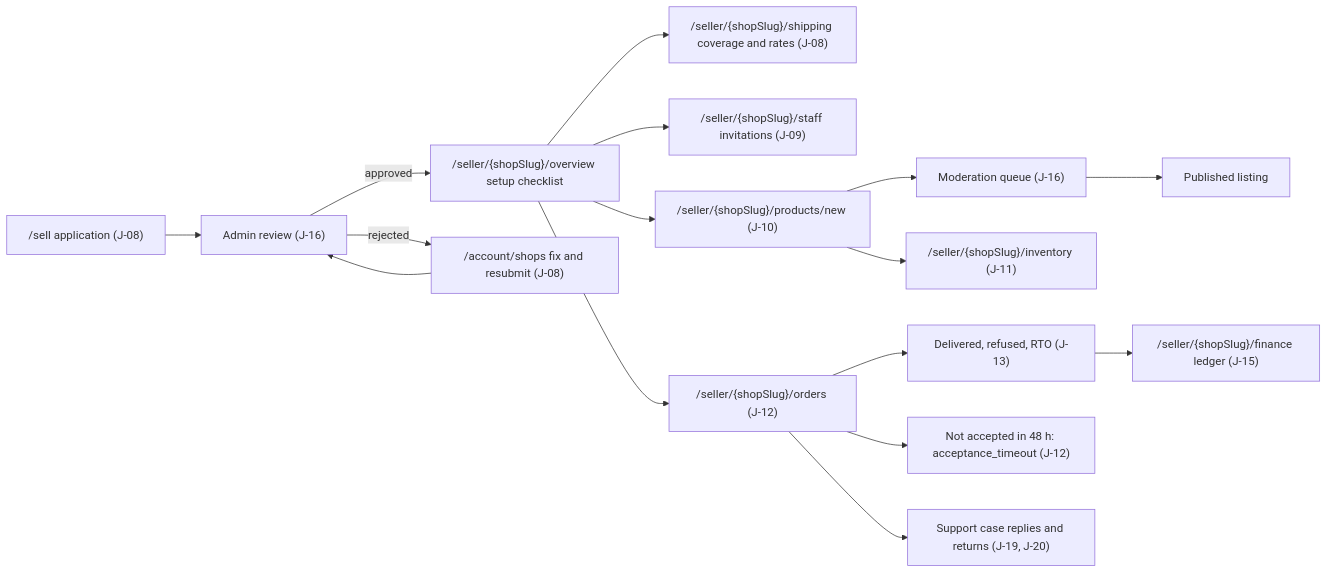
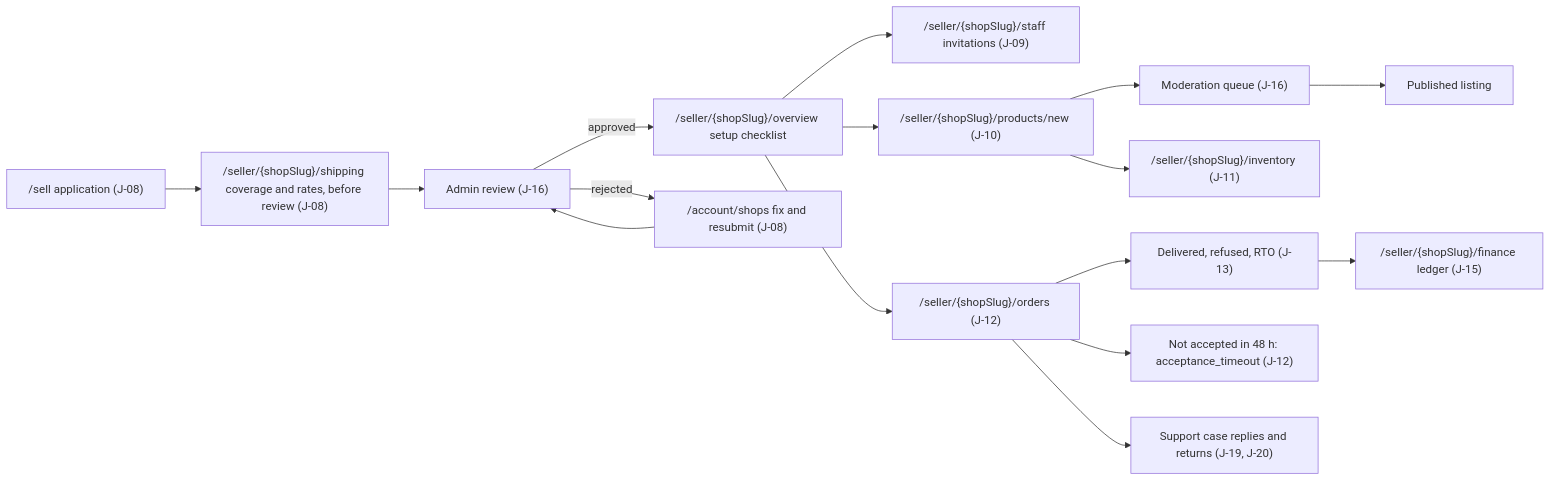
The second of 6 diagrams in docs/02-user-journeys-and-acceptance-criteria.md (harublank0-0/drip-nepal), drawn with Mermaid before and after one commit. The commit also changed other lines of this file, not shown here.

````diff
--- a/docs/02-user-journeys-and-acceptance-criteria.md
+++ b/docs/02-user-journeys-and-acceptance-criteria.md
@@ -181,18 +181,18 @@
 ```mermaid
 flowchart LR
-  APP["/sell application (J-08)"] --> REV["Admin review (J-16)"]
+  APP["/sell application (J-08)"] --> SHIP["/seller/{shopSlug}/shipping coverage and rates, before review (J-08)"]
+  SHIP --> REV["Admin review (J-16)"]
   REV -->|"approved"| OV["/seller/{shopSlug}/overview setup checklist"]
   REV -->|"rejected"| FIX["/account/shops fix and resubmit (J-08)"]
   FIX --> REV
-  OV --> SHIP["/seller/{shopSlug}/shipping coverage and rates (J-08)"]
   OV --> STAFF["/seller/{shopSlug}/staff invitations (J-09)"]
   OV --> PR["/seller/{shopSlug}/products/new (J-10)"]
   PR --> MOD["Moderation queue (J-16)"]
   MOD --> PUB["Published listing"]
   PR --> INV["/seller/{shopSlug}/inventory (J-11)"]
   OV --> ORD["/seller/{shopSlug}/orders (J-12)"]
   ORD --> OUT["Delivered, refused, RTO (J-13)"]
   ORD --> TO["Not accepted in 48 h: acceptance_timeout (J-12)"]
   OUT --> FIN["/seller/{shopSlug}/finance ledger (J-15)"]
   ORD --> CASE["Support case replies and returns (J-19, J-20)"]
 ```
````
